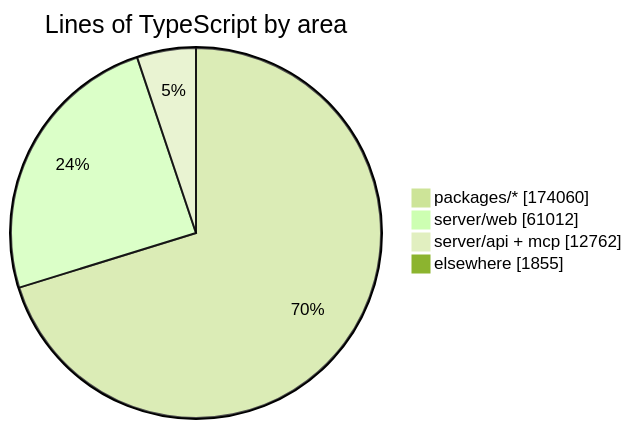
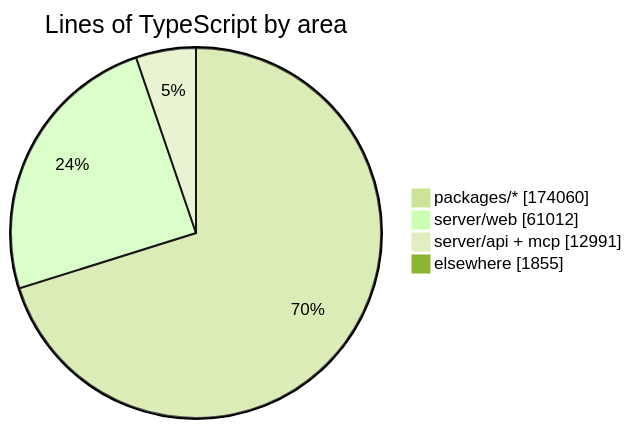
One commit to crossworks-engineering/mantle changed the diagram in README.md. Above: the diagram before and after it, drawn with Mermaid (forest theme). The commit also changed other lines of this file and 2 other files, not shown here.

````diff
--- a/README.md
+++ b/README.md
@@ -279,7 +279,7 @@
 ```mermaid
 pie showData title Lines of TypeScript by area
     "packages/*" : 174060
     "server/web" : 61012
-    "server/api + mcp" : 12762
+    "server/api + mcp" : 12991
     "elsewhere" : 1855
 ```
````
